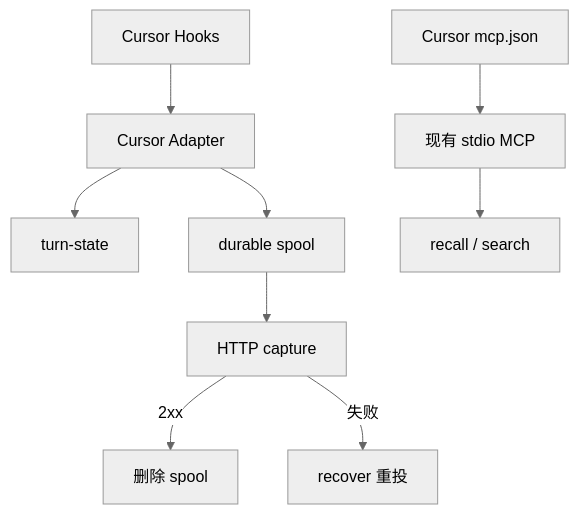
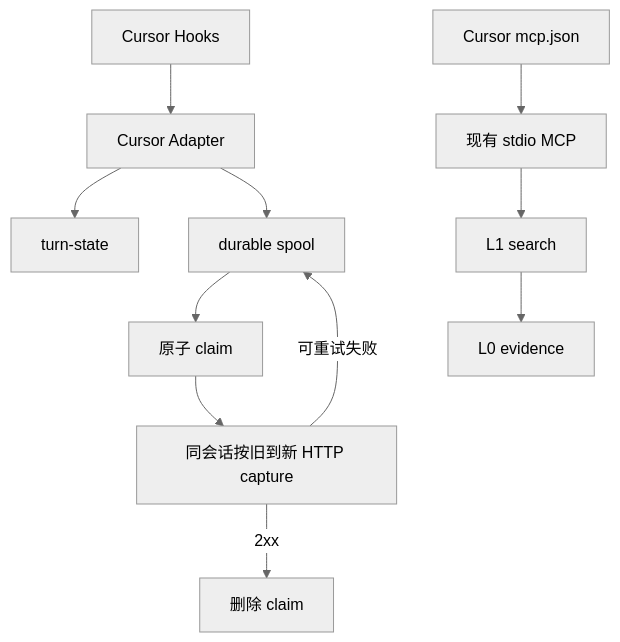
Before and after one commit to JoeyEnjoyLoL/TencentDB-Agent-Memory: the diagram in docs/316base/spec.md, drawn with Mermaid (neutral theme). The commit also changed other lines of this file and 1 other file, not shown here.

Commit message:
docs: refine adapter recovery and recall

````diff
--- a/docs/316base/spec.md
+++ b/docs/316base/spec.md
@@ -44,11 +44,13 @@
 ```mermaid
 flowchart TD
   A[Cursor Hooks] --> B[Cursor Adapter]
   B --> C[turn-state]
   B --> D[durable spool]
-  D --> E[HTTP capture]
-  E -->|2xx| F[删除 spool]
-  E -->|失败| G[recover 重投]
+  D --> E[原子 claim]
+  E --> F[同会话按旧到新 HTTP capture]
+  F -->|2xx| G[删除 claim]
+  F -->|可重试失败| D
   H[Cursor mcp.json] --> I[现有 stdio MCP]
-  I --> J[recall / search]
+  I --> J[L1 search]
+  J --> K[L0 evidence]
 ```
````
